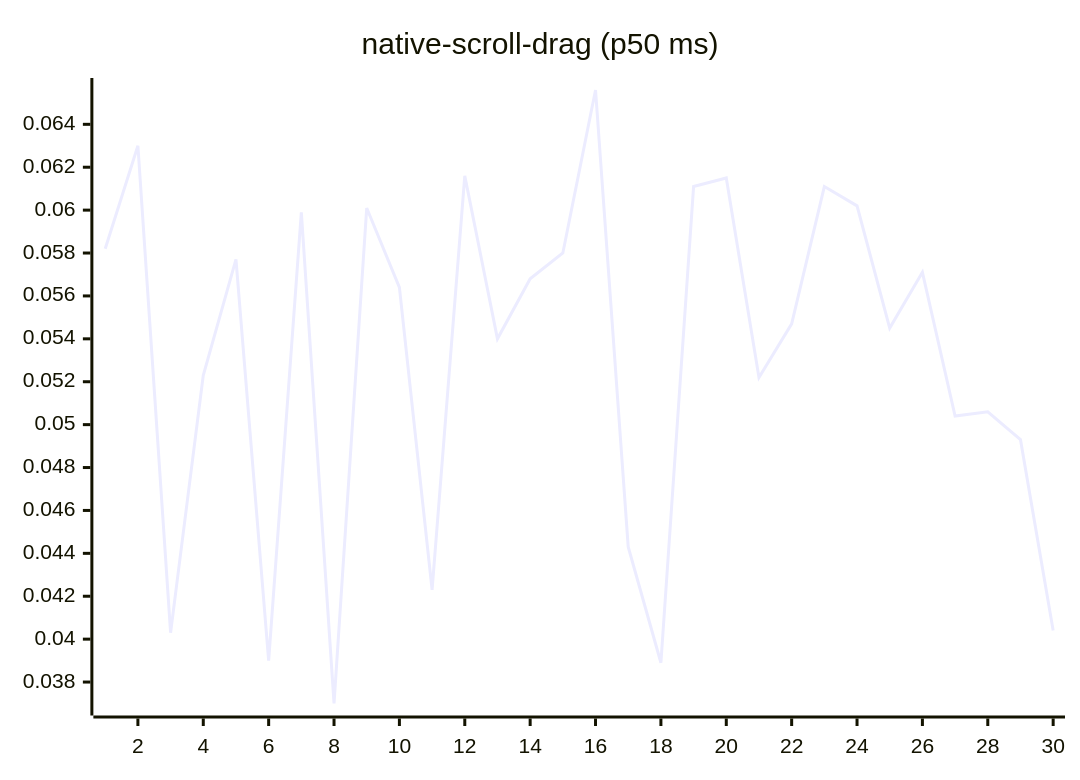
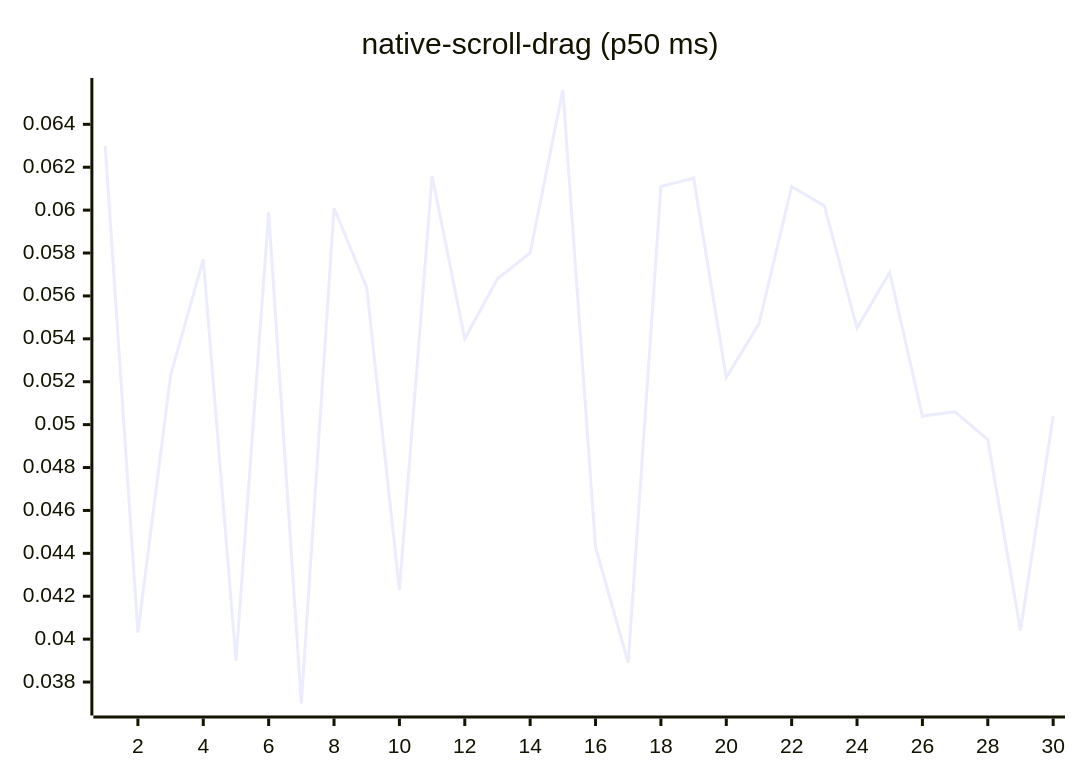
Before and after one commit to josha/Facet: diagram 14 of 27 in README.md, drawn with Mermaid. The commit also changed other lines of this file and 2 other files, not shown here.

````diff
--- a/README.md
+++ b/README.md
@@ -154,6 +154,6 @@
 ```mermaid
 xychart-beta
     title "native-scroll-drag (p50 ms)"
     x-axis 1 --> 30
-    line [0.0582, 0.0630, 0.0403, 0.0523, 0.0577, 0.0390, 0.0599, 0.0370, 0.0601, 0.0564, 0.0423, 0.0616, 0.0540, 0.0568, 0.0580, 0.0656, 0.0443, 0.0389, 0.0611, 0.0615, 0.0522, 0.0547, 0.0611, 0.0602, 0.0545, 0.0571, 0.0504, 0.0506, 0.0493, 0.0404]
+    line [0.0630, 0.0403, 0.0523, 0.0577, 0.0390, 0.0599, 0.0370, 0.0601, 0.0564, 0.0423, 0.0616, 0.0540, 0.0568, 0.0580, 0.0656, 0.0443, 0.0389, 0.0611, 0.0615, 0.0522, 0.0547, 0.0611, 0.0602, 0.0545, 0.0571, 0.0504, 0.0506, 0.0493, 0.0404, 0.0504]
 ```
````
